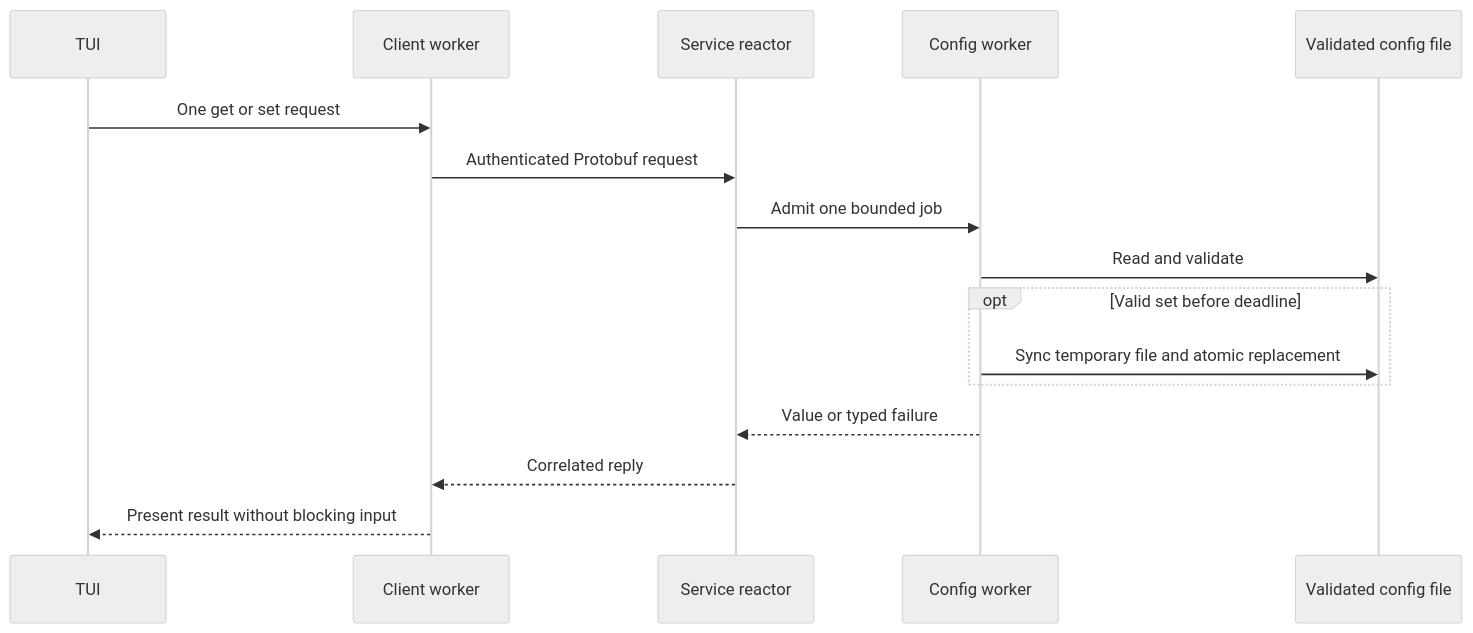
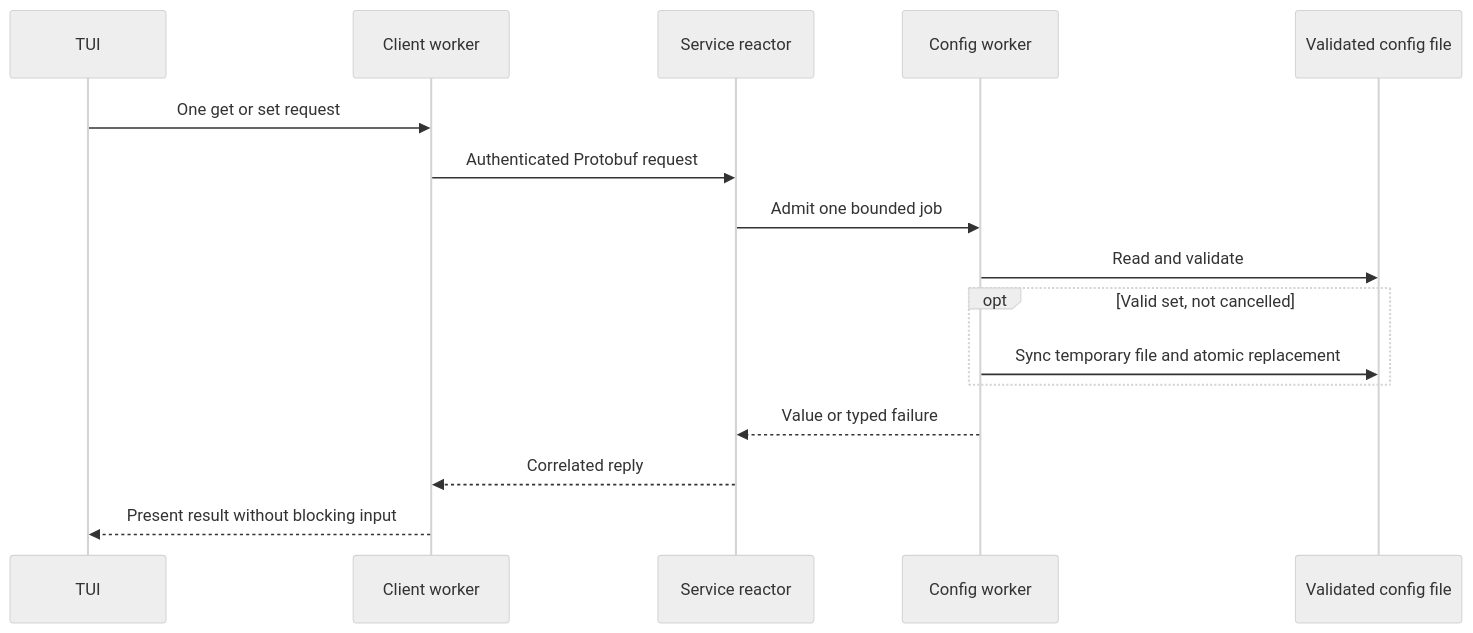
The first of 5 diagrams in docs/designs/config-commands.md (pidster/asura), drawn with Mermaid (neutral theme) before and after one commit. The commit also changed other lines of this file and 39 other files, not shown here.

````diff
--- a/docs/designs/config-commands.md
+++ b/docs/designs/config-commands.md
@@ -121,18 +128,18 @@
 ```mermaid
 sequenceDiagram
     participant T as TUI
     participant C as Client worker
     participant S as Service reactor
     participant W as Config worker
     participant F as Validated config file
     T->>C: One get or set request
     C->>S: Authenticated Protobuf request
     S->>W: Admit one bounded job
     W->>F: Read and validate
-    opt Valid set before deadline
+    opt Valid set, not cancelled
         W->>F: Sync temporary file and atomic replacement
     end
     W-->>S: Value or typed failure
     S-->>C: Correlated reply
     C-->>T: Present result without blocking input
 ```
````
